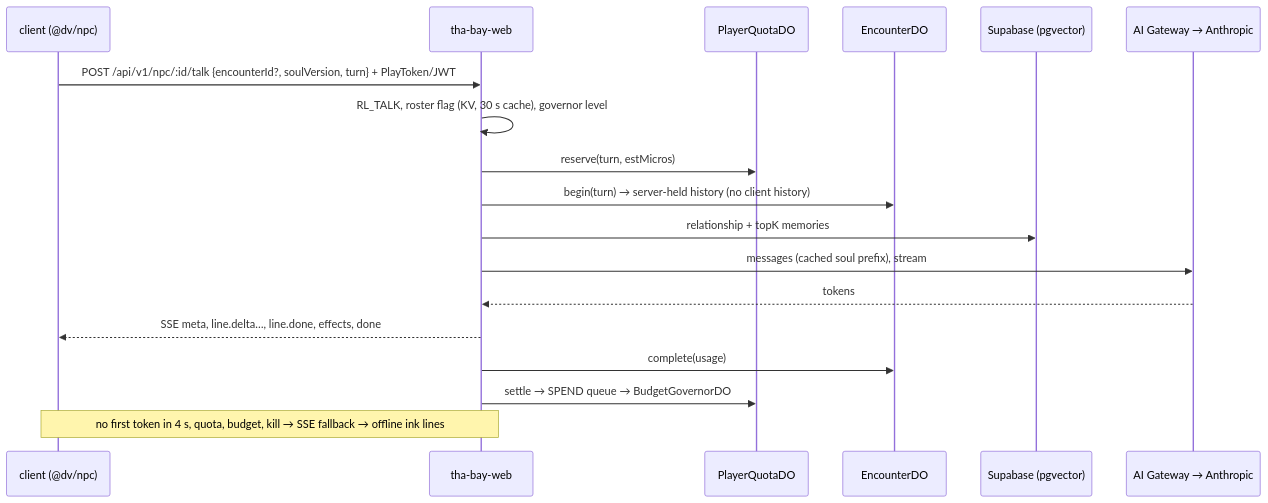
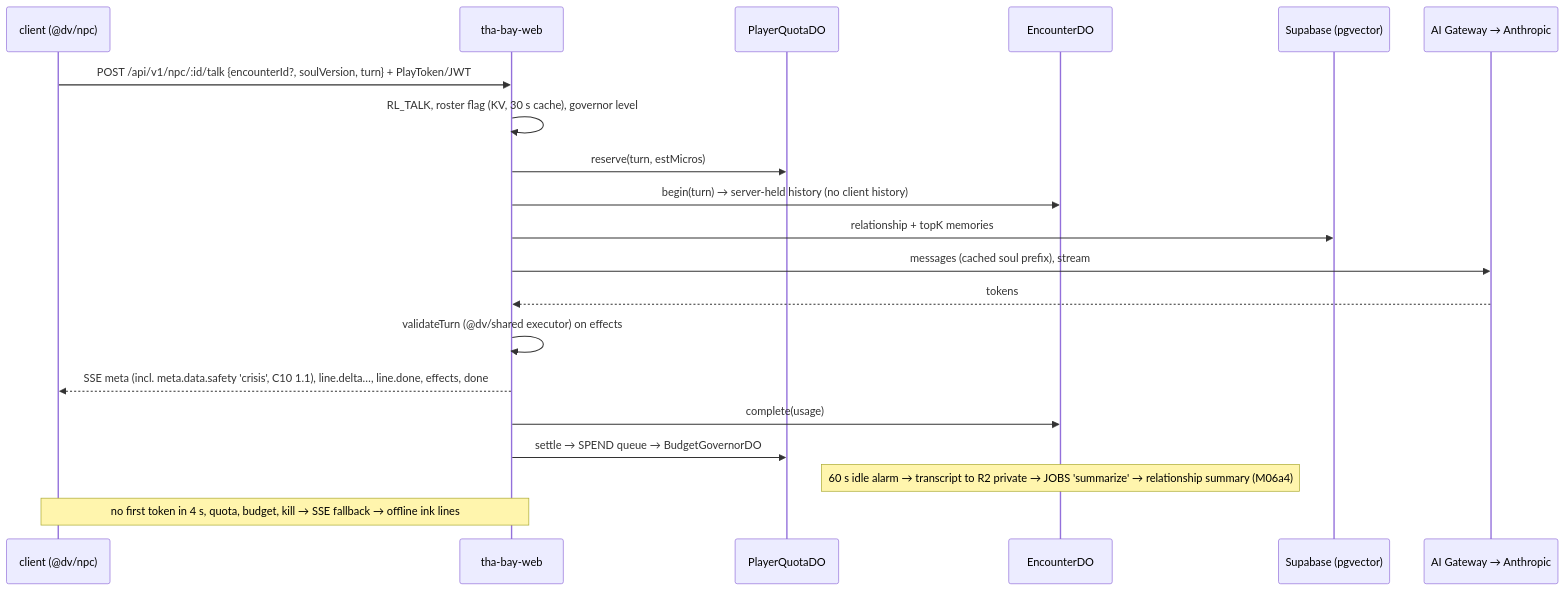
One commit to gratitude5dee/GTA-Tha-Bay changed the fifth of 8 diagrams in spec/02-architecture.md. Above: the diagram before and after it, drawn with Mermaid. The commit also changed other lines of this file and 24 other files, not shown here.

````diff
--- a/spec/02-architecture.md
+++ b/spec/02-architecture.md
@@ -254,20 +285,22 @@
 ```mermaid
 sequenceDiagram
   participant C as client (@dv/npc)
   participant W as tha-bay-web
   participant Q as PlayerQuotaDO
   participant E as EncounterDO
   participant D as Supabase (pgvector)
   participant A as AI Gateway → Anthropic
   C->>W: POST /api/v1/npc/:id/talk {encounterId?, soulVersion, turn} + PlayToken/JWT
   W->>W: RL_TALK, roster flag (KV, 30 s cache), governor level
   W->>Q: reserve(turn, estMicros)
   W->>E: begin(turn) → server-held history (no client history)
   W->>D: relationship + topK memories
   W->>A: messages (cached soul prefix), stream
   A-->>W: tokens
-  W-->>C: SSE meta, line.delta…, line.done, effects, done
+  W->>W: validateTurn (@dv/shared executor) on effects
+  W-->>C: SSE meta (incl. meta.data.safety 'crisis', C10 1.1), line.delta…, line.done, effects, done
   W->>E: complete(usage)
   W->>Q: settle → SPEND queue → BudgetGovernorDO
+  Note over E: 60 s idle alarm → transcript to R2 private → JOBS 'summarize' → relationship summary (M06a4)
   Note over W,C: no first token in 4 s, quota, budget, kill → SSE fallback → offline ink lines
 ```
````
